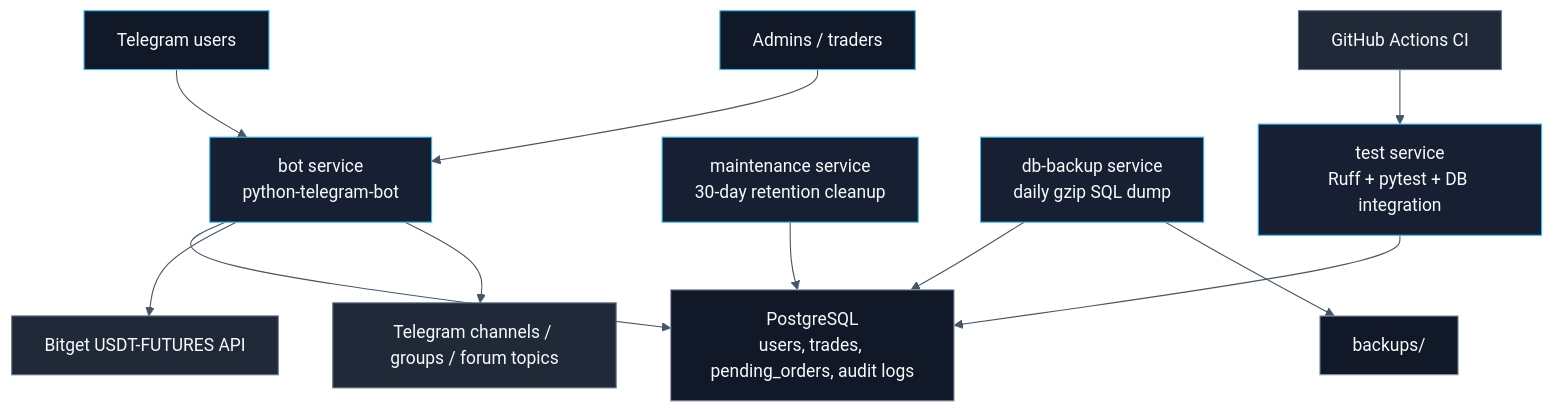
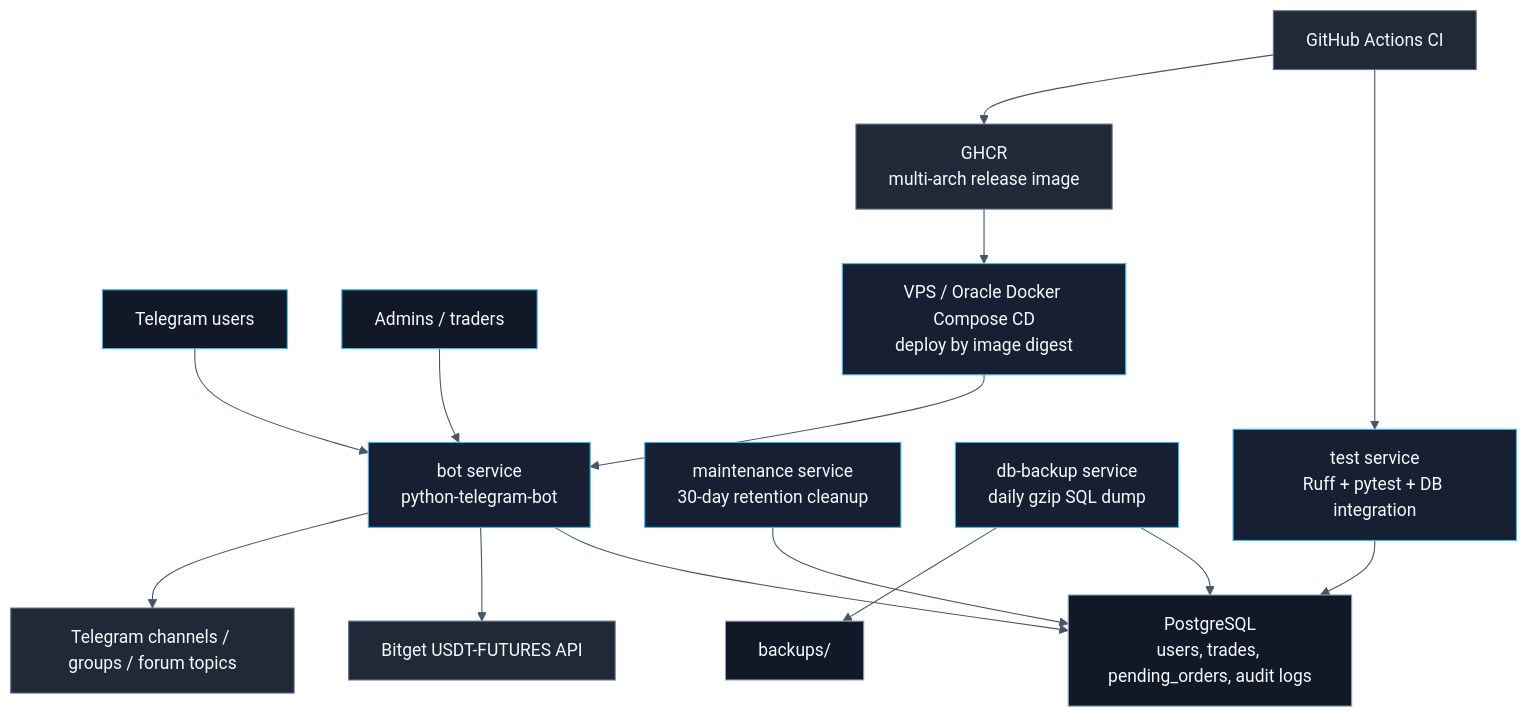
One commit to kaiyn-capital/kaiyn-trading-bot changed the first of 2 diagrams in readme.md. Above: the diagram before and after it, drawn with Mermaid. The commit also changed other lines of this file and 6 other files, not shown here.

````diff
--- a/readme.md
+++ b/readme.md
@@ -33,28 +33,32 @@
 ```mermaid
 %%{init: {"theme":"base","themeVariables":{"background":"transparent","primaryColor":"#111827","primaryBorderColor":"#38bdf8","primaryTextColor":"#f8fafc","secondaryColor":"#1f2937","secondaryBorderColor":"#64748b","secondaryTextColor":"#f8fafc","tertiaryColor":"#0f172a","tertiaryBorderColor":"#475569","tertiaryTextColor":"#f8fafc","lineColor":"#475569","fontFamily":"Inter, ui-sans-serif, system-ui, sans-serif"}}}%%
 flowchart TD
     users["Telegram users"] --> bot["bot service<br/>python-telegram-bot"]
     admins["Admins / traders"] --> bot
 
     bot --> db["PostgreSQL<br/>users, trades, pending_orders, audit logs"]
     bot --> bitget["Bitget USDT-FUTURES API"]
     bot --> channels["Telegram channels / groups / forum topics"]
 
     maintenance["maintenance service<br/>30-day retention cleanup"] --> db
     backup["db-backup service<br/>daily gzip SQL dump"] --> db
     backup --> files["backups/"]
 
     ci["GitHub Actions CI"] --> test["test service<br/>Ruff + pytest + DB integration"]
     test --> db
+    ci --> ghcr["GHCR<br/>multi-arch release image"]
+    ghcr --> deploy["VPS / Oracle Docker Compose CD<br/>deploy by image digest"]
+    deploy --> bot
 
     classDef actor fill:#111827,stroke:#38bdf8,color:#f8fafc;
     classDef runtime fill:#0f172a,stroke:#60a5fa,color:#f8fafc;
     classDef storage fill:#111827,stroke:#94a3b8,color:#f8fafc;
     classDef external fill:#1f2937,stroke:#64748b,color:#f8fafc;
     classDef ops fill:#172033,stroke:#38bdf8,color:#f8fafc;
 
     class users,admins actor;
     class bot,maintenance,backup,test ops;
     class db,files storage;
-    class bitget,channels,ci external;
+    class bitget,channels,ci,ghcr external;
+    class deploy ops;
 ```
````
